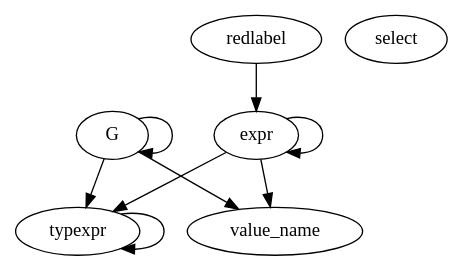
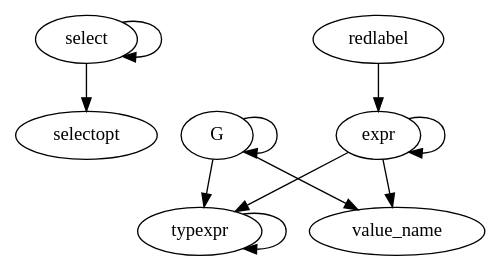
One commit to tk407/mocaml changed the diagram in mconbaseDep.dot. Above: the diagram before and after it, drawn with Graphviz. The commit also changed 31 other files, not shown here.

```diff
--- a/mconbaseDep.dot
+++ b/mconbaseDep.dot
@@ -1,16 +1,19 @@
 digraph G {
- G;
-select;
+ select;
+selectopt;
+G;
 expr;
 redlabel;
 typexpr;
 
+select -> select;
+select -> selectopt;
 G -> value_name;
 G -> G;
 G -> typexpr;
 expr -> value_name;
 expr -> expr;
 expr -> typexpr;
 redlabel -> expr;
 typexpr -> typexpr;
 }
```
